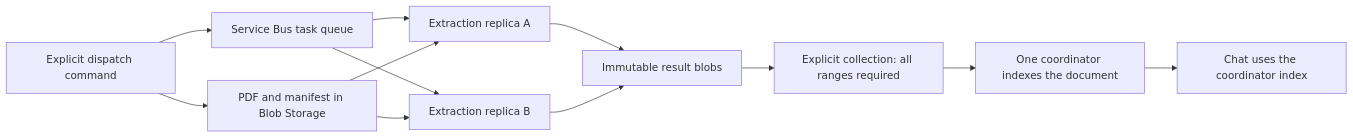
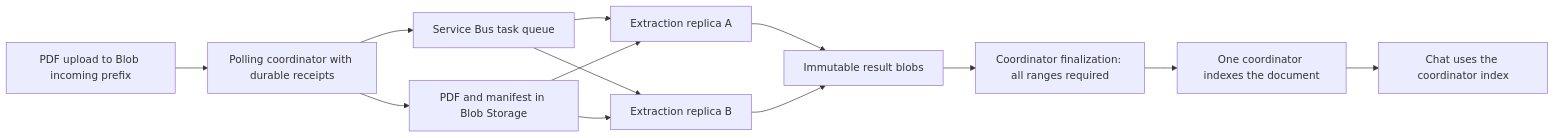
The second of 3 diagrams in docs/CODE_WALKTHROUGH.md (GopiB9119/RAG), drawn with Mermaid before and after one commit. The commit also changed other lines of this file and 33 other files, not shown here.

````diff
--- a/docs/CODE_WALKTHROUGH.md
+++ b/docs/CODE_WALKTHROUGH.md
@@ -96,14 +100,15 @@
 ```mermaid
 flowchart LR
-   Dispatch[Explicit dispatch command] --> Source[PDF and manifest in Blob Storage]
+   Upload[PDF upload to Blob incoming prefix] --> Dispatch[Polling coordinator with durable receipts]
+   Dispatch --> Source[PDF and manifest in Blob Storage]
    Dispatch --> Queue[Service Bus task queue]
    Queue --> WorkerA[Extraction replica A]
    Queue --> WorkerB[Extraction replica B]
    Source --> WorkerA
    Source --> WorkerB
    WorkerA --> Results[Immutable result blobs]
    WorkerB --> Results
-   Results --> Collect[Explicit collection: all ranges required]
+   Results --> Collect[Coordinator finalization: all ranges required]
    Collect --> Index[One coordinator indexes the document]
    Index --> Chat[Chat uses the coordinator index]
 ```
````
